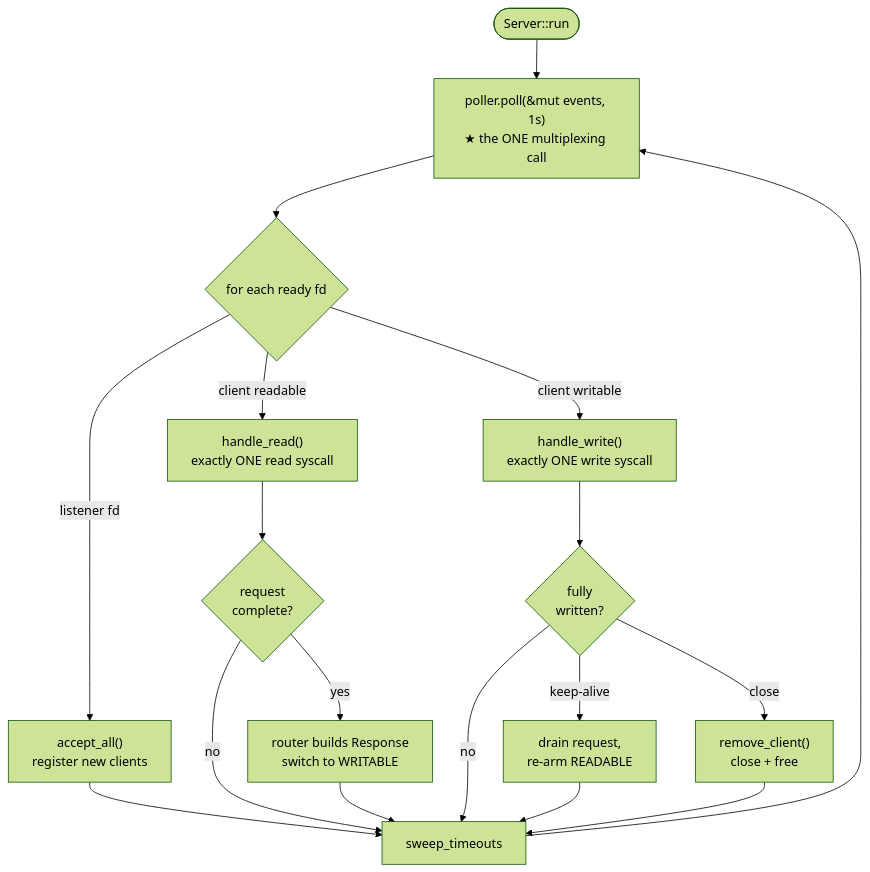
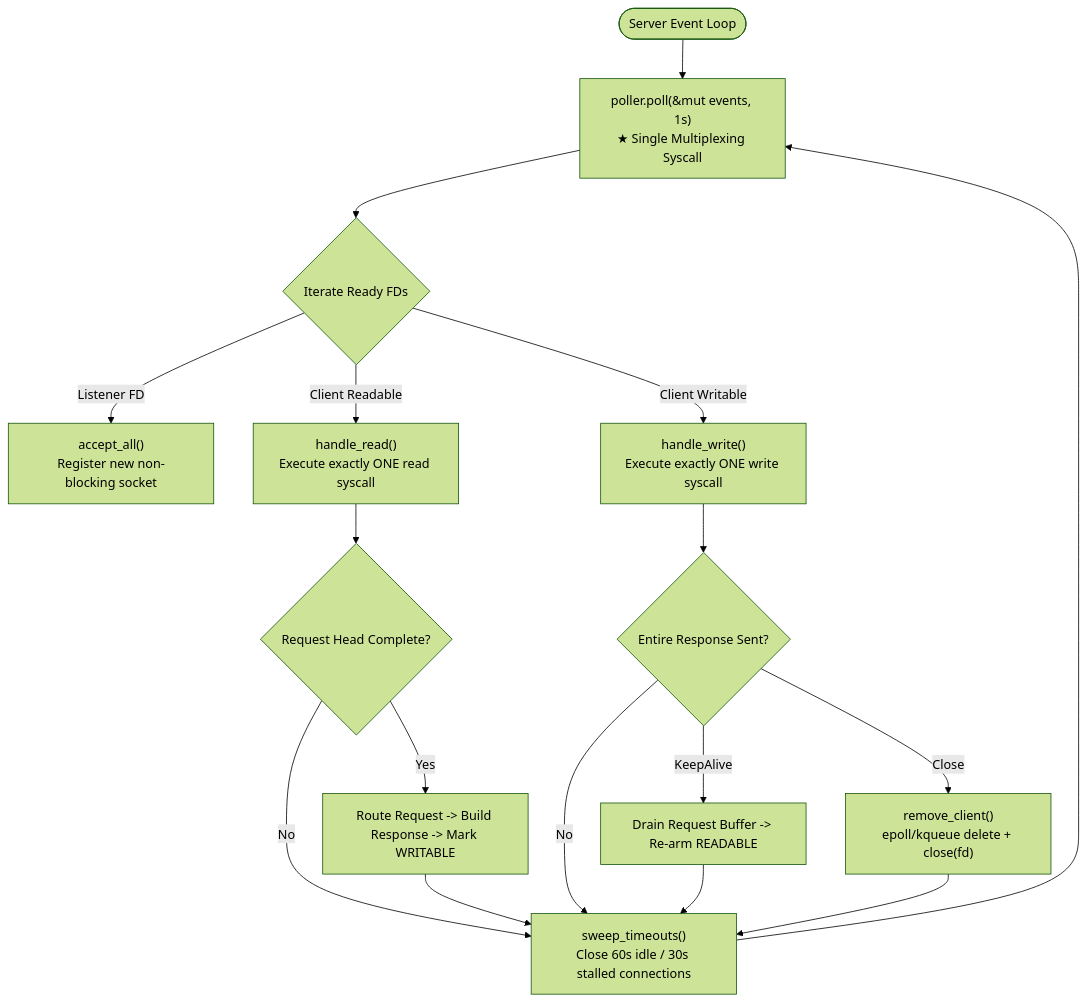
The second of 3 diagrams in README.md (sahmedhusain/servoxide), drawn with Mermaid (forest theme) before and after one commit. The commit also changed other lines of this file and 1 other file, not shown here.

````diff
--- a/README.md
+++ b/README.md
@@ -110,20 +54,22 @@
 ```mermaid
 flowchart TD
-    start([Server::run]) --> poll["poller.poll(&mut events, 1s)<br/>★ the ONE multiplexing call"]
-    poll --> loop{for each ready fd}
-    loop -->|listener fd| acc["accept_all()<br/>register new clients"]
-    loop -->|client readable| rd["handle_read()<br/>exactly ONE read syscall"]
-    loop -->|client writable| wr["handle_write()<br/>exactly ONE write syscall"]
-    acc --> sweep
-    rd --> parse{request<br/>complete?}
-    parse -->|no| sweep[sweep_timeouts]
-    parse -->|yes| route["router builds Response<br/>switch to WRITABLE"]
-    route --> sweep
-    wr --> done{fully<br/>written?}
-    done -->|no| sweep
-    done -->|keep-alive| reset["drain request,<br/>re-arm READABLE"]
-    done -->|close| rm["remove_client()<br/>close + free"]
-    reset --> sweep
-    rm --> sweep
-    sweep --> poll
+    Start([Server Event Loop]) --> Poll["poller.poll(&mut events, 1s)<br/>★ Single Multiplexing Syscall"]
+    Poll --> Loop{Iterate Ready FDs}
+    
+    Loop -->|Listener FD| Accept["accept_all()<br/>Register new non-blocking socket"]
+    Loop -->|Client Readable| Read["handle_read()<br/>Execute exactly ONE read syscall"]
+    Loop -->|Client Writable| Write["handle_write()<br/>Execute exactly ONE write syscall"]
+    
+    Read --> CheckComplete{Request Head Complete?}
+    CheckComplete -- No --> TimeoutSweep
+    CheckComplete -- Yes --> Route["Route Request -> Build Response -> Mark WRITABLE"]
+    Route --> TimeoutSweep
+    
+    Write --> CheckWritten{Entire Response Sent?}
+    CheckWritten -- No --> TimeoutSweep
+    CheckWritten -- KeepAlive --> Reset["Drain Request Buffer -> Re-arm READABLE"]
+    CheckWritten -- Close --> Remove["remove_client()<br/>epoll/kqueue delete + close(fd)"]
+    
+    Reset & Remove --> TimeoutSweep["sweep_timeouts()<br/>Close 60s idle / 30s stalled connections"]
+    TimeoutSweep --> Poll
 ```
````
